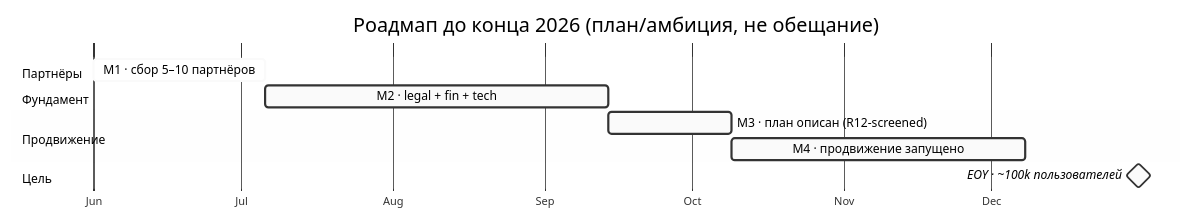
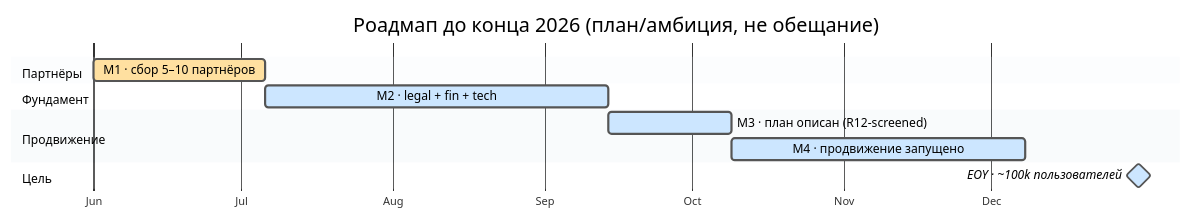
The second of 3 diagrams in partner-package/P-7-timeline-roadmap.md (Bogersebekov/jetix-os), drawn with Mermaid before and after one commit. The commit also changed other lines of this file and 8 other files, not shown here.

Commit message:
[partner-package] mermaid fix — force light theme на всех 14 схемах (classDef default light fill + black text + hardened init/gantt vars; fixes black-on-black)

````diff
--- a/partner-package/P-7-timeline-roadmap.md
+++ b/partner-package/P-7-timeline-roadmap.md
@@ -66,16 +67,16 @@
 ```mermaid
-%%{init: {'theme':'base','themeVariables':{'background':'#ffffff','primaryColor':'#fafafa','primaryTextColor':'#000','textColor':'#000','lineColor':'#333','primaryBorderColor':'#333'}}}%%
+%%{init: {'theme':'base','themeVariables':{'background':'#ffffff','textColor':'#000','titleColor':'#000','lineColor':'#333','sectionBkgColor':'#eef2f7','altSectionBkgColor':'#ffffff','sectionBkgColor2':'#e0e8f0','taskBkgColor':'#cce6ff','taskBorderColor':'#555','taskTextColor':'#000','taskTextOutsideColor':'#000','taskTextLightColor':'#000','taskTextDarkColor':'#000','activeTaskBkgColor':'#ffe0a0','activeTaskBorderColor':'#555','doneTaskBkgColor':'#d6f0d6','doneTaskBorderColor':'#555','critBkgColor':'#ffd6d6','critBorderColor':'#555','gridColor':'#ccc','todayLineColor':'#cc0000','milestoneBkgColor':'#fff8d5'}}}%%
 gantt
     title Роадмап до конца 2026 (план/амбиция, не обещание)
     dateFormat YYYY-MM-DD
     axisFormat %b
     section Партнёры
     M1 · сбор 5–10 партнёров        :active, m1, 2026-06-01, 35d
     section Фундамент
     M2 · legal + fin + tech         :m2, after m1, 70d
     section Продвижение
     M3 · план описан (R12-screened) :m3, after m2, 25d
     M4 · продвижение запущено       :m4, after m3, 60d
     section Цель
     EOY · ~100k пользователей       :milestone, eoy, 2026-12-31, 0d
 ```
````
